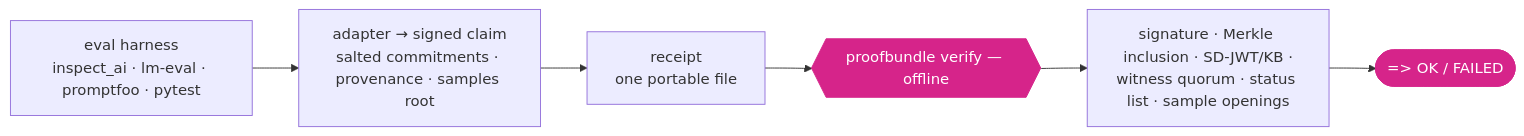
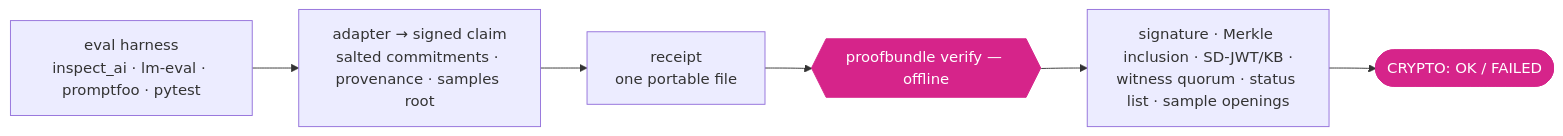
Before and after one commit to b7n0de/proofbundle: the diagram in README.md, drawn with Mermaid. The commit also changed other lines of this file and 5 other files, not shown here.

````diff
--- a/README.md
+++ b/README.md
@@ -131,10 +131,10 @@
 ```mermaid
 flowchart LR
     H["eval harness<br/>inspect_ai · lm-eval · promptfoo · pytest"] --> A["adapter → signed claim<br/>salted commitments · provenance · samples root"]
     A --> R["receipt<br/>one portable file"]
     R --> V{{"proofbundle verify — offline"}}
     V --> C["signature · Merkle inclusion · SD-JWT/KB ·<br/>witness quorum · status list · sample openings"]
-    C --> OK(["=> OK / FAILED"])
+    C --> OK(["CRYPTO: OK / FAILED"])
     style V fill:#D6248A,stroke:#D6248A,color:#fff
     style OK fill:#D6248A,stroke:#D6248A,color:#fff
 ```
````
